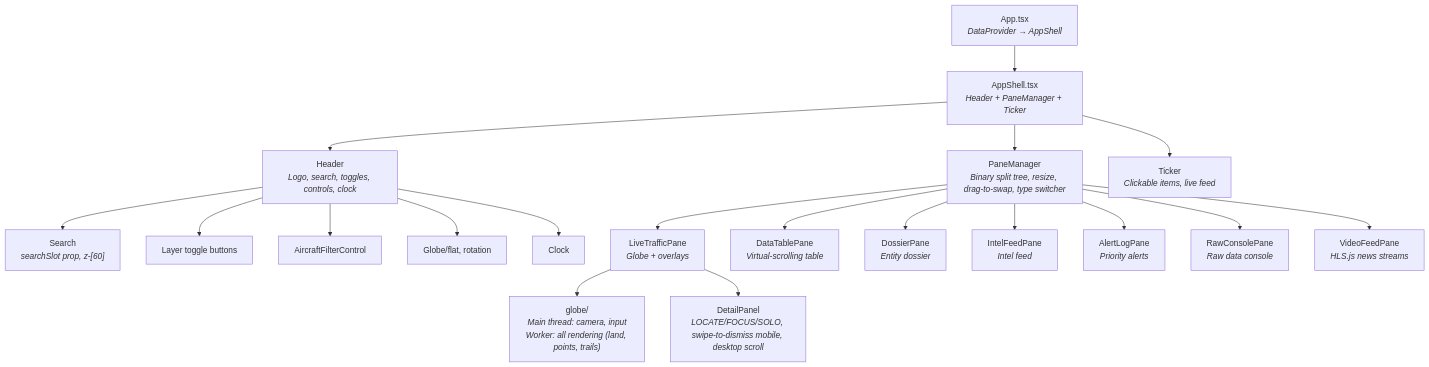
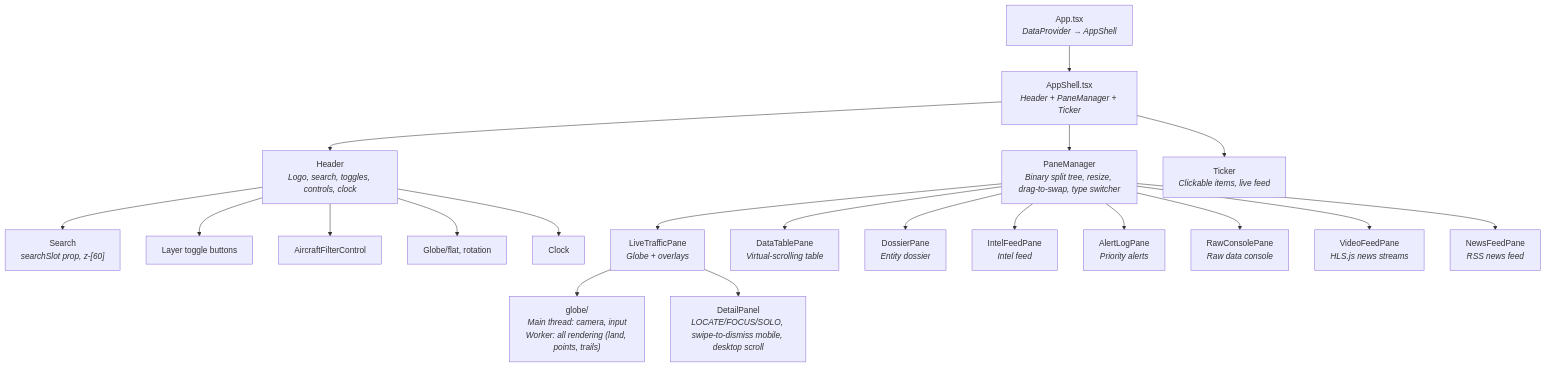
The second of 2 diagrams in docs/architecture.md (iiTONELOC/sigint), drawn with Mermaid before and after one commit. The commit also changed other lines of this file and 17 other files, not shown here.

````diff
--- a/docs/architecture.md
+++ b/docs/architecture.md
@@ -276,26 +321,27 @@
 ```mermaid
 graph TD
     App["App.tsx<br/><i>DataProvider → AppShell</i>"]
     App --> AppShell["AppShell.tsx<br/><i>Header + PaneManager + Ticker</i>"]
 
     AppShell --> Header["Header<br/><i>Logo, search, toggles, controls, clock</i>"]
     Header --> SearchComp["Search<br/><i>searchSlot prop, z-[60]</i>"]
     Header --> LayerToggles["Layer toggle buttons"]
     Header --> AircraftFC["AircraftFilterControl"]
     Header --> ViewControls["Globe/flat, rotation"]
     Header --> Clock["Clock"]
 
     AppShell --> PM["PaneManager<br/><i>Binary split tree, resize, drag-to-swap, type switcher</i>"]
     PM --> LTP["LiveTrafficPane<br/><i>Globe + overlays</i>"]
     PM --> DTP["DataTablePane<br/><i>Virtual-scrolling table</i>"]
     PM --> DSP["DossierPane<br/><i>Entity dossier</i>"]
     PM --> IFP["IntelFeedPane<br/><i>Intel feed</i>"]
     PM --> ALP["AlertLogPane<br/><i>Priority alerts</i>"]
     PM --> RCP["RawConsolePane<br/><i>Raw data console</i>"]
     PM --> VFP["VideoFeedPane<br/><i>HLS.js news streams</i>"]
+    PM --> NFP["NewsFeedPane<br/><i>RSS news feed</i>"]
 
     LTP --> GlobeViz["globe/<br/><i>Main thread: camera, input<br/>Worker: all rendering (land, points, trails)</i>"]
     LTP --> DetailPanel["DetailPanel<br/><i>LOCATE/FOCUS/SOLO, swipe-to-dismiss mobile, desktop scroll</i>"]
 
     AppShell --> Ticker["Ticker<br/><i>Clickable items, live feed</i>"]
 ```
````
